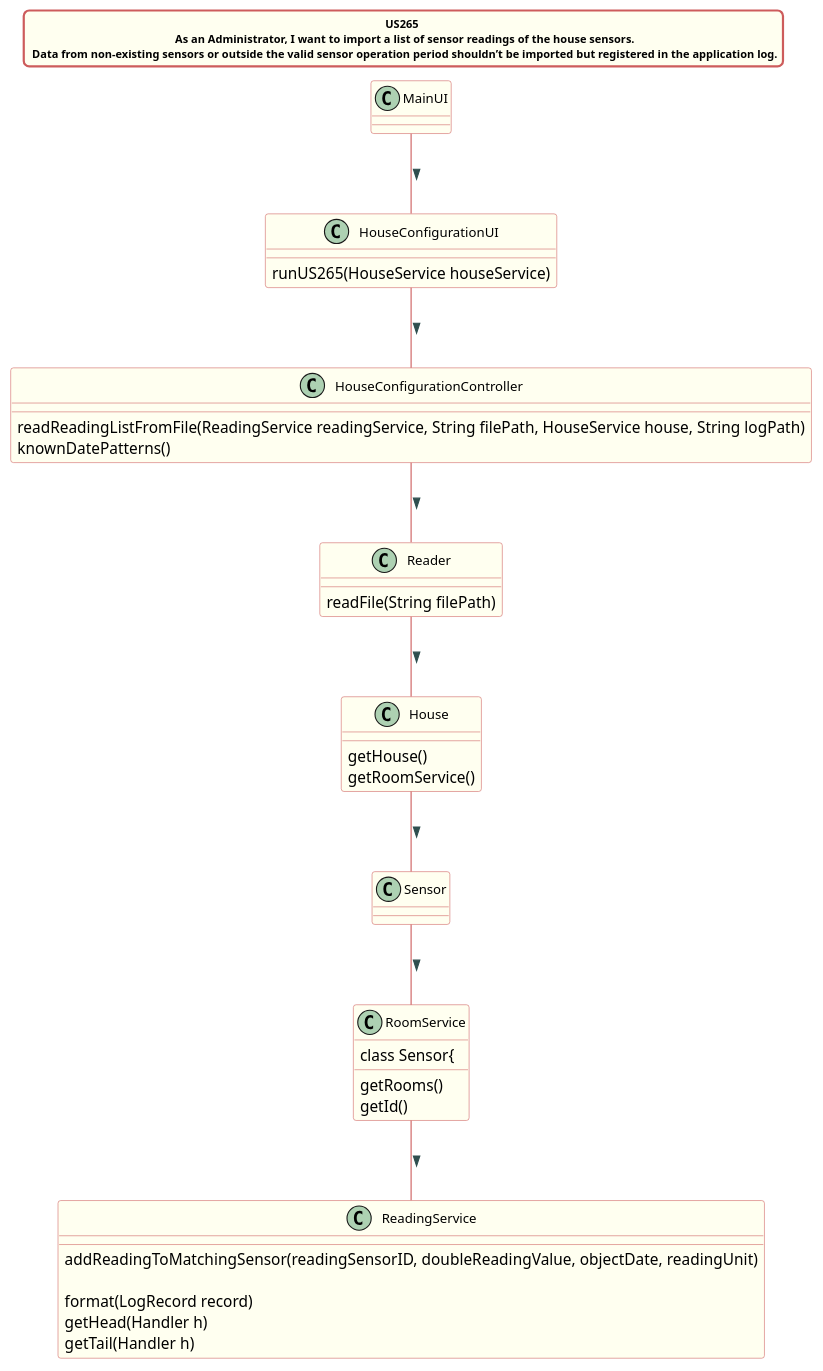
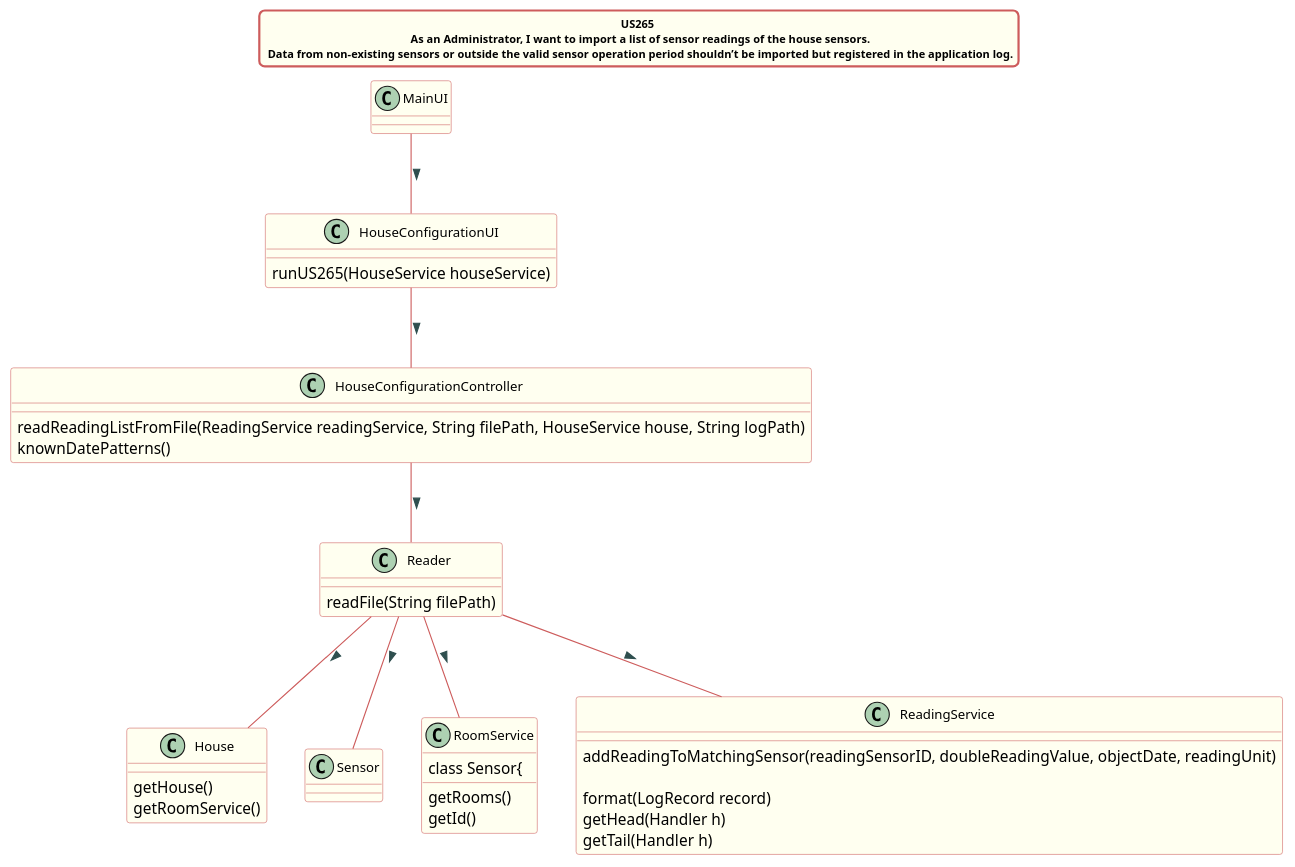
The diagram in src/doc/Controllers/HouseConfiguration/US265/US265_cd_HouseConfiguration.puml (Almadanmp/project), drawn with PlantUML before and after one commit.

Commit message:
REF #205 REF #234 Updated Sequence Diagram

```diff
--- a/src/doc/Controllers/HouseConfiguration/US265/US265_cd_HouseConfiguration.puml
+++ b/src/doc/Controllers/HouseConfiguration/US265/US265_cd_HouseConfiguration.puml
@@ -1,68 +1,68 @@
 @startuml
 title US265 \n  As an Administrator, I want to import a list of sensor readings of the house sensors. \n Data from non-existing sensors or outside the valid sensor operation period shouldn’t be imported but registered in the application log.
 
 skinparam titleBorderRoundCorner 10
 skinparam titleBorderThickness 2
 skinparam titleBorderColor indianred
 skinparam titleBackgroundColor ivory
 skinparam FontName verdana
 skinparam titleFontSize 10
 
 
 skinparam class {
  	BorderColor indianred
  	BackgroundColor indianred
  	BackgroundColor ivory
     roundcorner 10
     ArrowFontName Verdana
     ArrowColor indianred
     ArrowFontColor darkslategrey
     FontSize 12
  }
 
 
 MainUI -- HouseConfigurationUI : >
 
 HouseConfigurationUI -- HouseConfigurationController : >
 HouseConfigurationController -- Reader : >
 Reader -- House : >
-House -- Sensor : >
-Sensor -- RoomService : >
-RoomService -- ReadingService : >
+Reader -- Sensor : >
+Reader -- RoomService : >
+Reader -- ReadingService : >
 
 class HouseConfigurationUI{
 
 runUS265(HouseService houseService)
 }
 
 class HouseConfigurationController{
 readReadingListFromFile(ReadingService readingService, String filePath, HouseService house, String logPath)
 knownDatePatterns()
 }
 
 class Reader{
 readFile(String filePath)
 }
 
 class House{
 getHouse()
 getRoomService()
 }
 
 class RoomService{
 getRooms()
 
 
 class Sensor{
 getId()
 }
 
 class ReadingService{
 addReadingToMatchingSensor(readingSensorID, doubleReadingValue, objectDate, readingUnit)
 
 format(LogRecord record)
 getHead(Handler h)
 getTail(Handler h)
 }
 
 @enduml
```
